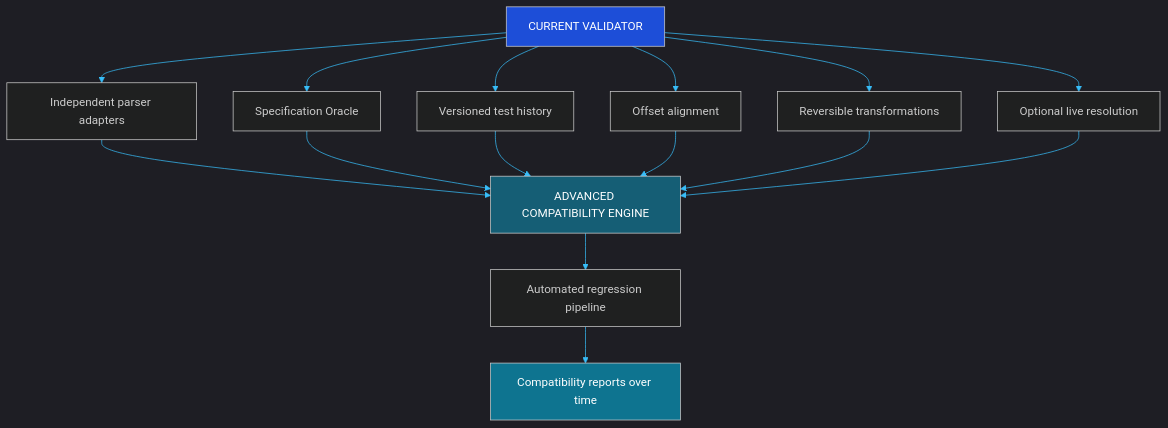
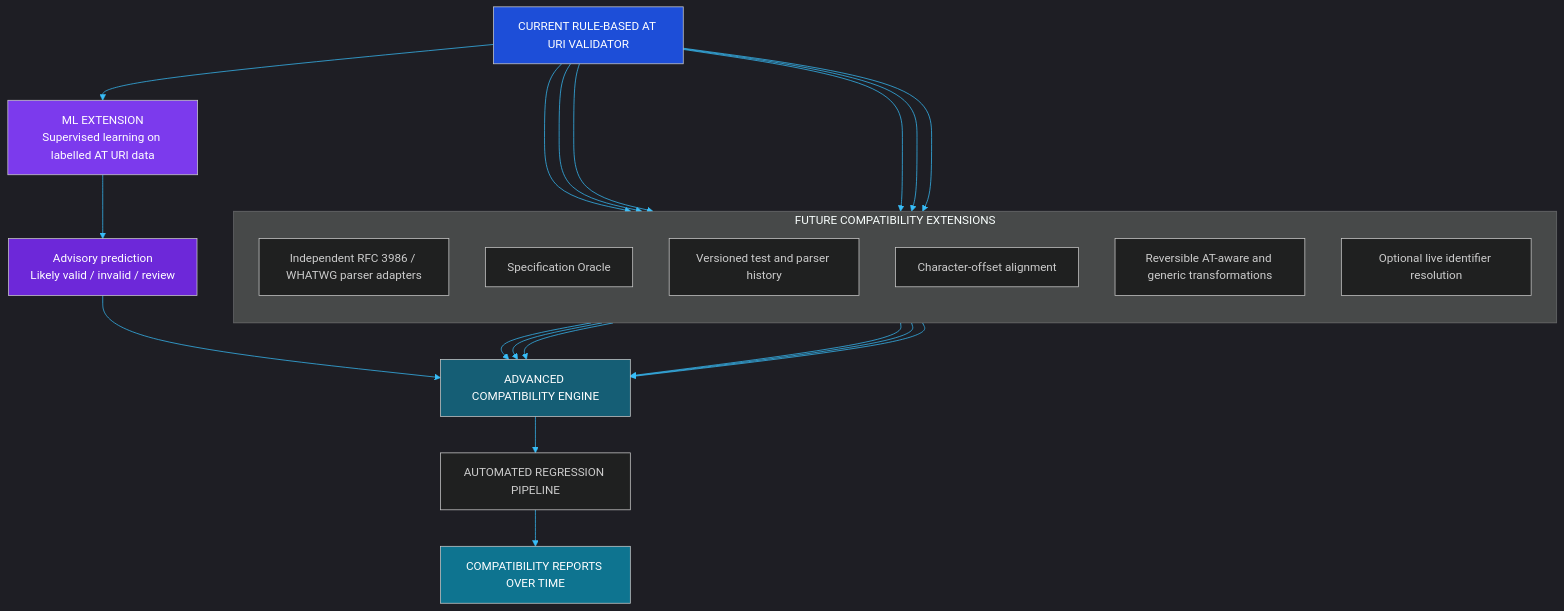
One commit to aiori-hackathon/A3-PS026-TC073 changed diagram 15 of 15 in README.md. Above: the diagram before and after it, drawn with Mermaid. The commit also changed other lines of this file, not shown here.

````diff
--- a/README.md
+++ b/README.md
@@ -1693,25 +1714,43 @@
 ```mermaid
 %%{init: {'theme':'dark','themeVariables': {'darkMode': true,'background':'#07111F','primaryColor':'#102A43','primaryTextColor':'#E6F6FF','primaryBorderColor':'#22D3EE','lineColor':'#38BDF8','secondaryColor':'#0B2238','tertiaryColor':'#123B63','fontFamily':'ui-monospace, SFMono-Regular, Consolas, monospace'}}}%%
 flowchart TB
-    CURRENT["CURRENT VALIDATOR"]
-    CURRENT --> A["Independent parser adapters"]
-    CURRENT --> B["Specification Oracle"]
-    CURRENT --> C["Versioned test history"]
-    CURRENT --> D["Offset alignment"]
-    CURRENT --> E["Reversible transformations"]
-    CURRENT --> F["Optional live resolution"]
+    CURRENT["CURRENT RULE-BASED AT URI VALIDATOR"]
 
-    A --> G["ADVANCED COMPATIBILITY ENGINE"]
-    B --> G
-    C --> G
-    D --> G
-    E --> G
-    F --> G
+    subgraph EXTENSIONS["FUTURE COMPATIBILITY EXTENSIONS"]
+      direction TB
+      A["Independent RFC 3986 / WHATWG parser adapters"]
+      B["Specification Oracle"]
+      C["Versioned test and parser history"]
+      D["Character-offset alignment"]
+      E["Reversible AT-aware and generic transformations"]
+      F["Optional live identifier resolution"]
+    end
 
-    G --> H["Automated regression pipeline"]
-    H --> I["Compatibility reports over time"]
+    CURRENT --> A
+    CURRENT --> B
+    CURRENT --> C
+    CURRENT --> D
+    CURRENT --> E
+    CURRENT --> F
+
+    A --> ENGINE["ADVANCED COMPATIBILITY ENGINE"]
+    B --> ENGINE
+    C --> ENGINE
+    D --> ENGINE
+    E --> ENGINE
+    F --> ENGINE
+
+    CURRENT --> ML["ML EXTENSION<br/>Supervised learning on labelled AT URI data"]
+    ML --> PRED["Advisory prediction<br/>Likely valid / invalid / review"]
+    PRED --> ENGINE
+
+    ENGINE --> TESTS["AUTOMATED REGRESSION PIPELINE"]
+    TESTS --> REPORTS["COMPATIBILITY REPORTS OVER TIME"]
 
     style CURRENT fill:#1D4ED8,color:#fff
-    style G fill:#155E75,color:#fff
-    style I fill:#0E7490,color:#fff
+    style ENGINE fill:#155E75,color:#fff
+    style ML fill:#7C3AED,color:#fff
+    style PRED fill:#6D28D9,color:#fff
+    style REPORTS fill:#0E7490,color:#fff
+
 ```
````
